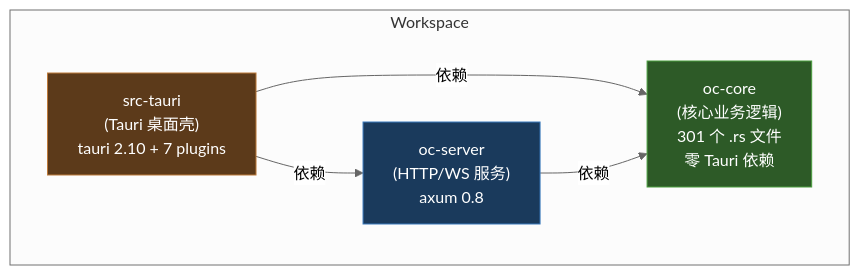
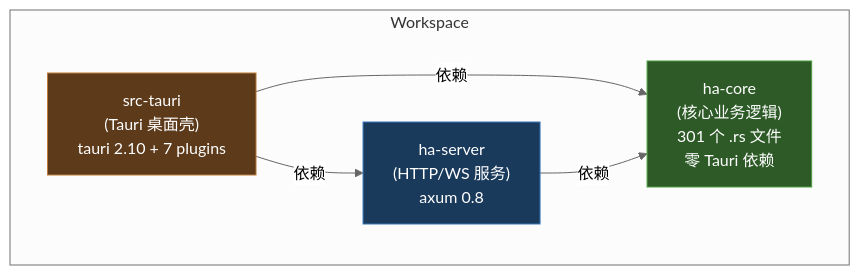
One commit to shiwenwen/hope-agent changed the first of 8 diagrams in docs/architecture/backend-separation.md. Above: the diagram before and after it, drawn with Mermaid (neutral theme). The commit also changed other lines of this file and 727 other files, not shown here.

````diff
--- a/docs/architecture/backend-separation.md
+++ b/docs/architecture/backend-separation.md
@@ -15,16 +15,16 @@
 ```mermaid
 graph TD
     subgraph Workspace
         OC_TAURI["src-tauri<br/>(Tauri 桌面壳)<br/>tauri 2.10 + 7 plugins"]
-        OC_SERVER["oc-server<br/>(HTTP/WS 服务)<br/>axum 0.8"]
-        OC_CORE["oc-core<br/>(核心业务逻辑)<br/>301 个 .rs 文件<br/>零 Tauri 依赖"]
+        OC_SERVER["ha-server<br/>(HTTP/WS 服务)<br/>axum 0.8"]
+        OC_CORE["ha-core<br/>(核心业务逻辑)<br/>301 个 .rs 文件<br/>零 Tauri 依赖"]
     end
 
     OC_TAURI -->|"依赖"| OC_SERVER
     OC_TAURI -->|"依赖"| OC_CORE
     OC_SERVER -->|"依赖"| OC_CORE
 
     style OC_CORE fill:#2d5a27,stroke:#4a9e3f,color:#fff
     style OC_SERVER fill:#1a3a5c,stroke:#3a7abd,color:#fff
     style OC_TAURI fill:#5c3a1a,stroke:#bd7a3a,color:#fff
 ```
````
